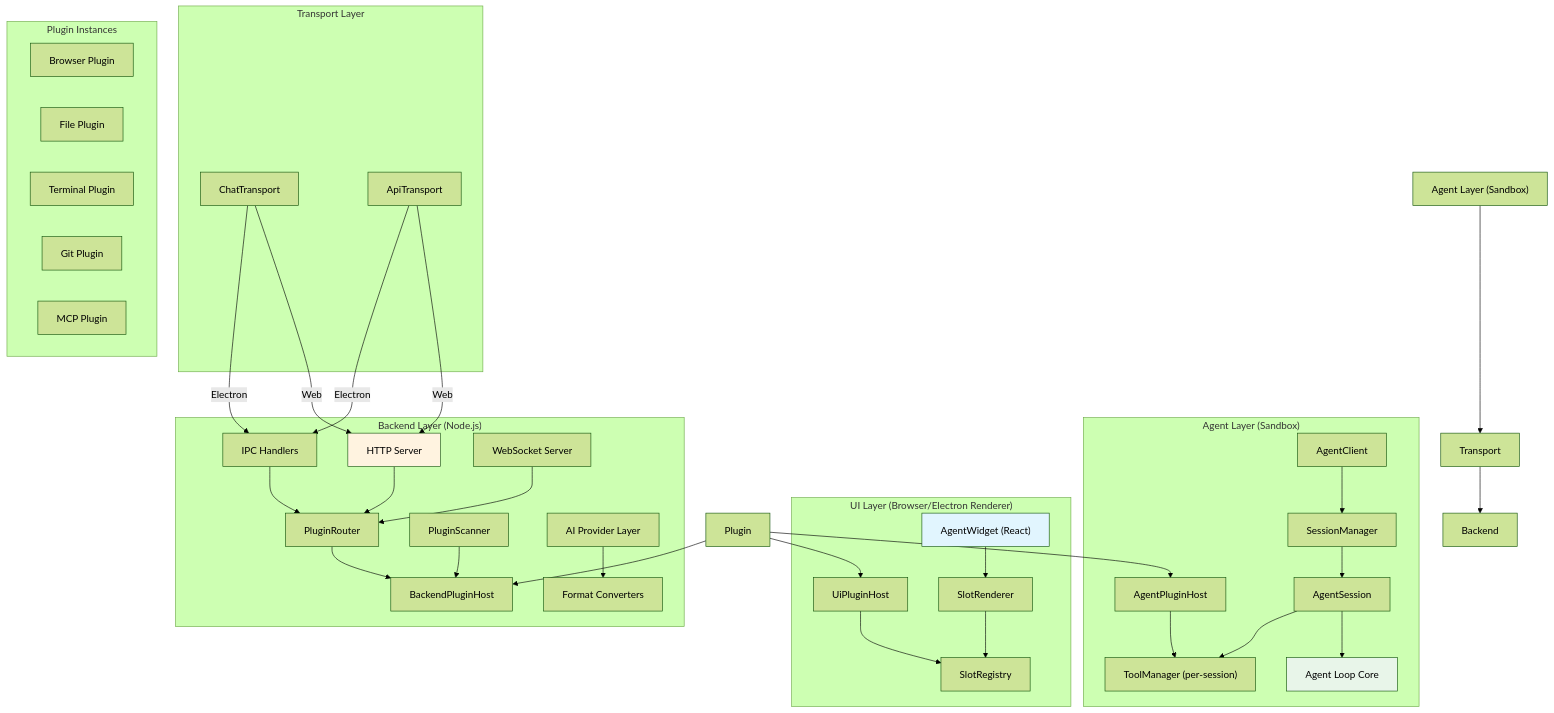
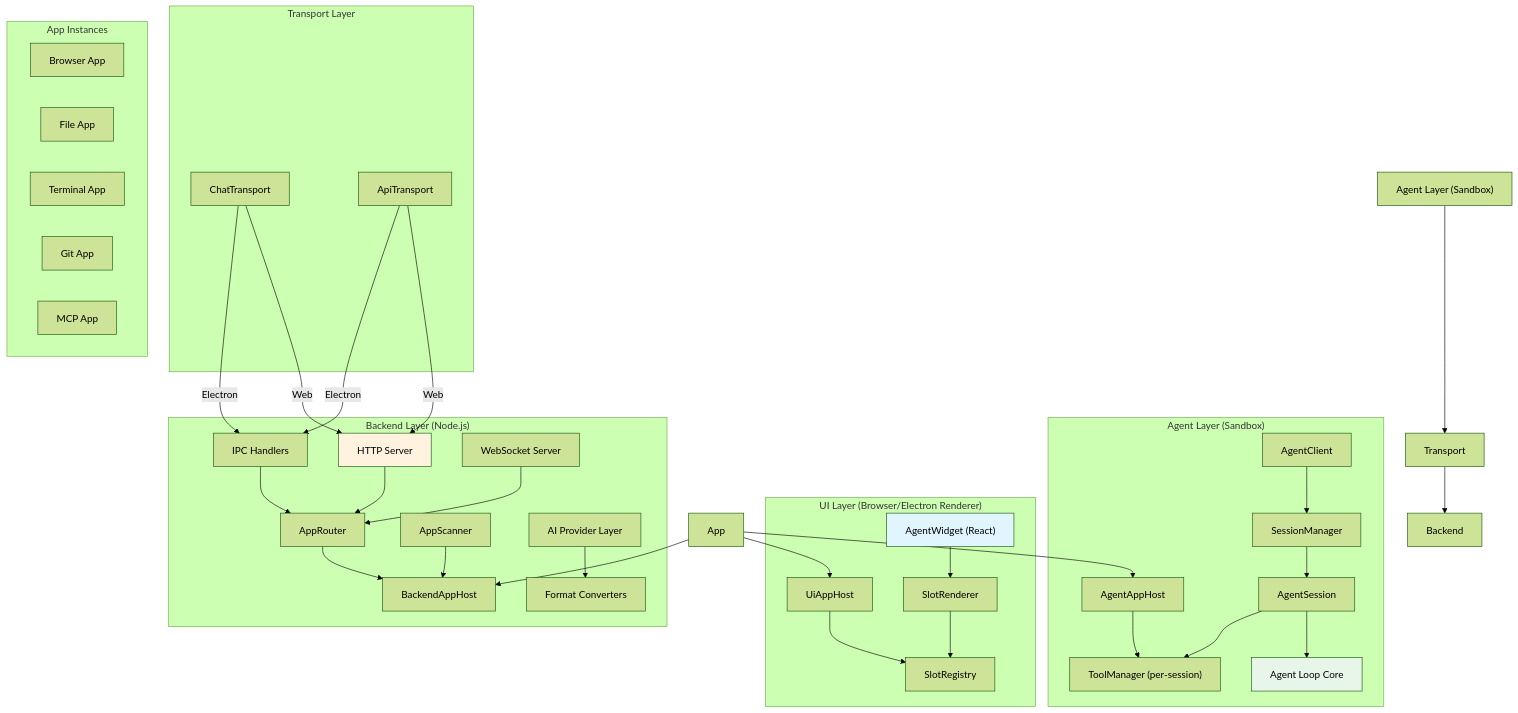
Before and after one commit to littlebadbadbad/agent-os: the diagram in 专利提案交底书.md, drawn with Mermaid (forest theme). The commit also changed other lines of this file and 1053 other files, not shown here.

Commit message:
plugin -> app

````diff
--- a/专利提案交底书.md
+++ b/专利提案交底书.md
@@ -366,74 +366,74 @@
 ```mermaid
 graph TB
     subgraph "UI Layer (Browser/Electron Renderer)"
         Widget["AgentWidget (React)"]
         SlotRenderer["SlotRenderer"]
         SlotRegistry["SlotRegistry"]
-        UiPluginHost["UiPluginHost"]
+        UiAppHost["UiAppHost"]
         
         Widget --> SlotRenderer
         SlotRenderer --> SlotRegistry
-        UiPluginHost --> SlotRegistry
+        UiAppHost --> SlotRegistry
     end
     
     subgraph "Agent Layer (Sandbox)"
         AgentClient["AgentClient"]
         SessionManager["SessionManager"]
         AgentSession["AgentSession"]
         ToolManager["ToolManager (per-session)"]
         AgentLoop["Agent Loop Core"]
-        AgentPluginHost2["AgentPluginHost"]
+        AgentAppHost2["AgentAppHost"]
         
         AgentClient --> SessionManager
         SessionManager --> AgentSession
         AgentSession --> ToolManager
         AgentSession --> AgentLoop
-        AgentPluginHost2 --> ToolManager
+        AgentAppHost2 --> ToolManager
     end
     
     subgraph "Backend Layer (Node.js)"
         HTTPServer["HTTP Server"]
         IPC["IPC Handlers"]
         WSS["WebSocket Server"]
-        PluginRouter["PluginRouter"]
-        BackendPluginHost["BackendPluginHost"]
-        PluginScanner["PluginScanner"]
+        AppRouter["AppRouter"]
+        BackendAppHost["BackendAppHost"]
+        AppScanner["AppScanner"]
         Providers["AI Provider Layer"]
         FormatConverters["Format Converters"]
         
-        HTTPServer --> PluginRouter
-        IPC --> PluginRouter
-        WSS --> PluginRouter
-        PluginRouter --> BackendPluginHost
-        PluginScanner --> BackendPluginHost
+        HTTPServer --> AppRouter
+        IPC --> AppRouter
+        WSS --> AppRouter
+        AppRouter --> BackendAppHost
+        AppScanner --> BackendAppHost
         Providers --> FormatConverters
     end
     
     subgraph "Transport Layer"
         ChatTransport["ChatTransport"]
         ApiTransport["ApiTransport"]
         
         ChatTransport -->|Electron| IPC
         ChatTransport -->|Web| HTTPServer
         ApiTransport -->|Electron| IPC
         ApiTransport -->|Web| HTTPServer
     end
     
-    subgraph "Plugin Instances"
-        BrowserPlugin["Browser Plugin"]
-        FilePlugin["File Plugin"]
-        TerminalPlugin["Terminal Plugin"]
-        GitPlugin["Git Plugin"]
-        MCPPlugin["MCP Plugin"]
+    subgraph "App Instances"
+        BrowserApp["Browser App"]
+        FileApp["File App"]
+        TerminalApp["Terminal App"]
+        GitApp["Git App"]
+        MCPApp["MCP App"]
     end
     
     AgentLayer["Agent Layer (Sandbox)"] --> Transport
     Transport --> Backend
-    Plugin --> BackendPluginHost
-    Plugin --> AgentPluginHost2
-    Plugin --> UiPluginHost
+    App --> BackendAppHost
+    App --> AgentAppHost2
+    App --> UiAppHost
     
     style Widget fill:#e1f5fe
     style HTTPServer fill:#fff3e0
     style AgentLoop fill:#e8f5e9
 ```
````
